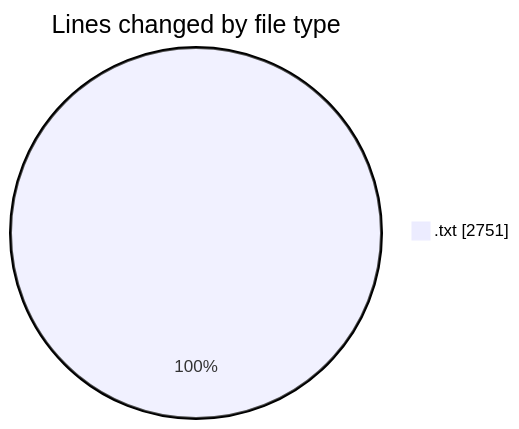
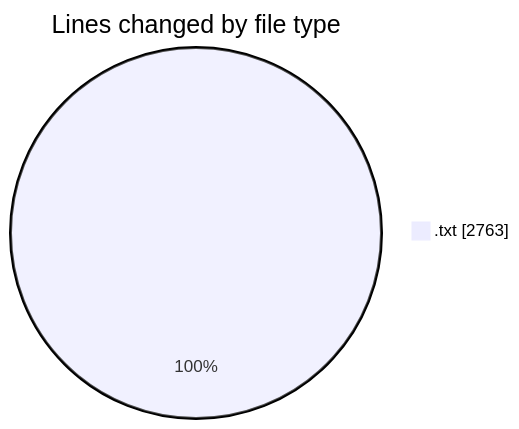
Before and after one commit to momahboobian/code-tracking: the first of 2 diagrams in 2025-02-16/iptv_moreel_me/README.md, drawn with Mermaid. The commit also changed other lines of this file and 1 other file, not shown here.

````diff
--- a/2025-02-16/iptv_moreel_me/README.md
+++ b/2025-02-16/iptv_moreel_me/README.md
@@ -20,5 +20,5 @@
 ```mermaid
 pie showData
 title Lines changed by file type
-".txt" : 2751
+".txt" : 2763
 ```
````
